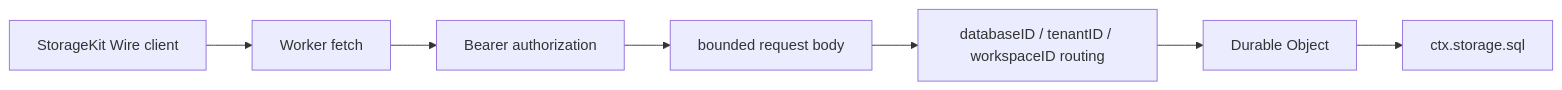
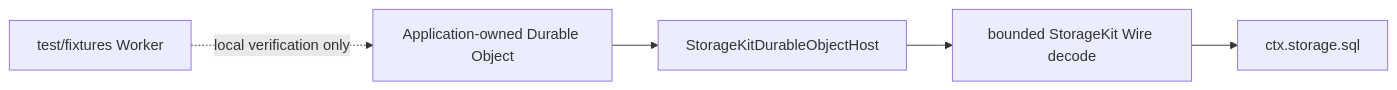
One commit to 1amageek/storage-kit changed the diagram in Workers/CloudflareDurableObjectStorageHost/README.md. Above: the diagram before and after it, drawn with Mermaid. The commit also changed other lines of this file and 15 other files, not shown here.

Commit message:
Separate storage host from Worker test fixture

````diff
--- a/Workers/CloudflareDurableObjectStorageHost/README.md
+++ b/Workers/CloudflareDurableObjectStorageHost/README.md
@@ -6,9 +7,8 @@
 ```mermaid
 flowchart LR
-  Client["StorageKit Wire client"] --> Worker["Worker fetch"]
-  Worker --> Auth["Bearer authorization"]
-  Auth --> Limit["bounded request body"]
-  Limit --> Route["databaseID / tenantID / workspaceID routing"]
-  Route --> DO["Durable Object"]
-  DO --> SQLite["ctx.storage.sql"]
+  ApplicationDO["Application-owned Durable Object"] --> Host["StorageKitDurableObjectHost"]
+  Host --> Wire["bounded StorageKit Wire decode"]
+  Wire --> SQLite["ctx.storage.sql"]
+
+  Fixture["test/fixtures Worker"] -. "local verification only" .-> ApplicationDO
 ```
````
